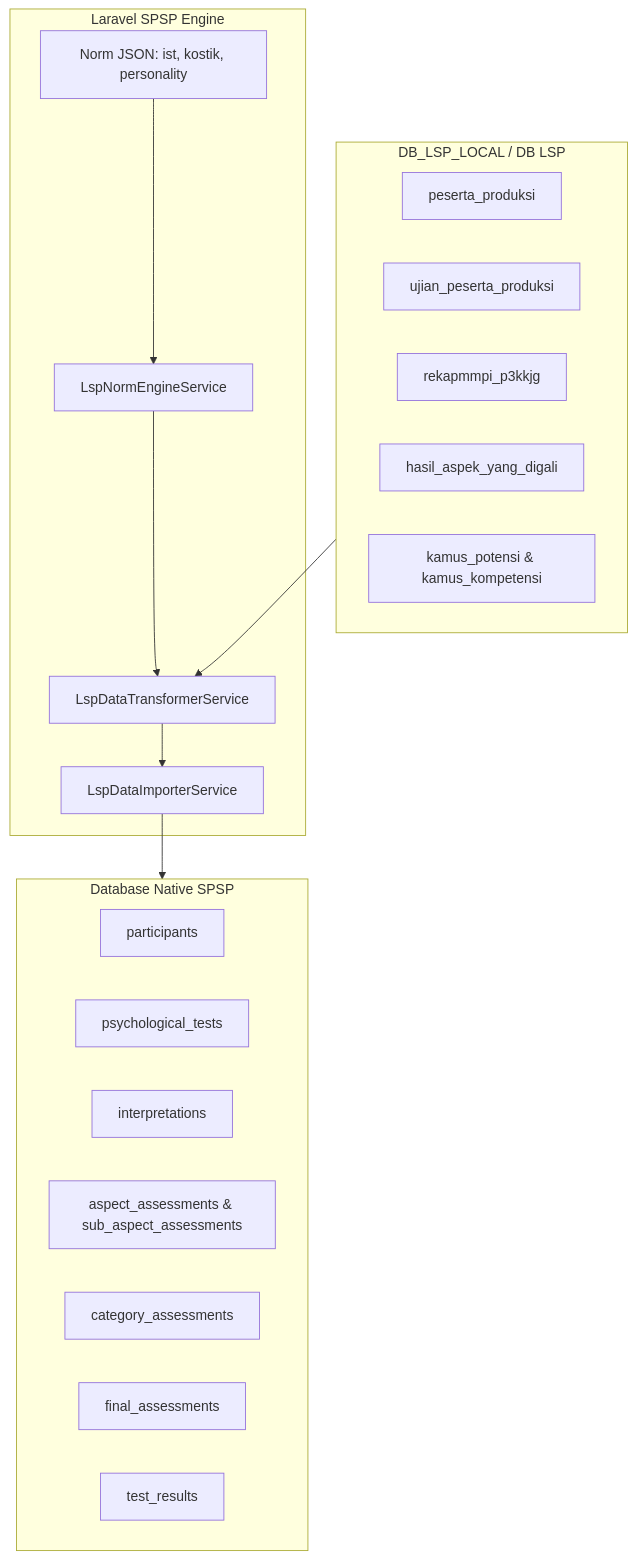
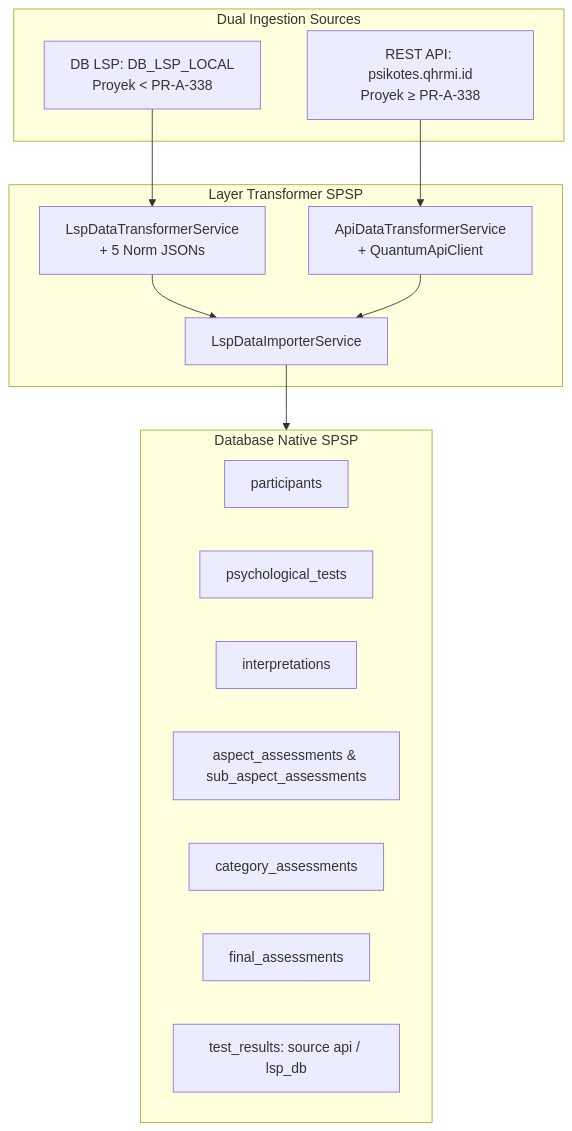
One commit to RnDQuantum/spsp_new changed the diagram in docs/lsp_integration/INTEGRATION_GUIDE.md. Above: the diagram before and after it, drawn with Mermaid. The commit also changed other lines of this file and 5 other files, not shown here.

First line of the commit message:
feat(cli): add project:import Artisan command for LSP data ingestion

````diff
--- a/docs/lsp_integration/INTEGRATION_GUIDE.md
+++ b/docs/lsp_integration/INTEGRATION_GUIDE.md
@@ -25,33 +29,29 @@
 ```mermaid
 flowchart TD
-    subgraph LSP_DATABASE [DB_LSP_LOCAL / DB LSP]
-        A1[peserta_produksi]
-        A2[ujian_peserta_produksi]
-        A3[rekapmmpi_p3kkjg]
-        A4[hasil_aspek_yang_digali]
-        A5[kamus_potensi & kamus_kompetensi]
+    subgraph INGESTION_SOURCES [Dual Ingestion Sources]
+        A1[DB LSP: DB_LSP_LOCAL\nProyek < PR-A-338]
+        A2[REST API: psikotes.qhrmi.id\nProyek ≥ PR-A-338]
     end
 
-    subgraph SPSP_ENGINE [Laravel SPSP Engine]
-        B1[LspNormEngineService]
-        B2[LspDataTransformerService]
+    subgraph SPSP_TRANSFORMERS [Layer Transformer SPSP]
+        B1[LspDataTransformerService\n+ 5 Norm JSONs]
+        B2[ApiDataTransformerService\n+ QuantumApiClient]
         B3[LspDataImporterService]
-        B4[Norm JSON: ist, kostik, personality]
     end
 
     subgraph SPSP_DATABASE [Database Native SPSP]
         C1[participants]
         C2[psychological_tests]
         C3[interpretations]
         C4[aspect_assessments & sub_aspect_assessments]
         C5[category_assessments]
         C6[final_assessments]
-        C7[test_results]
+        C7[test_results: source api / lsp_db]
     end
 
-    LSP_DATABASE --> B2
-    B4 --> B1
-    B1 --> B2
+    A1 --> B1
+    A2 --> B2
+    B1 --> B3
     B2 --> B3
     B3 --> SPSP_DATABASE
 ```
````
